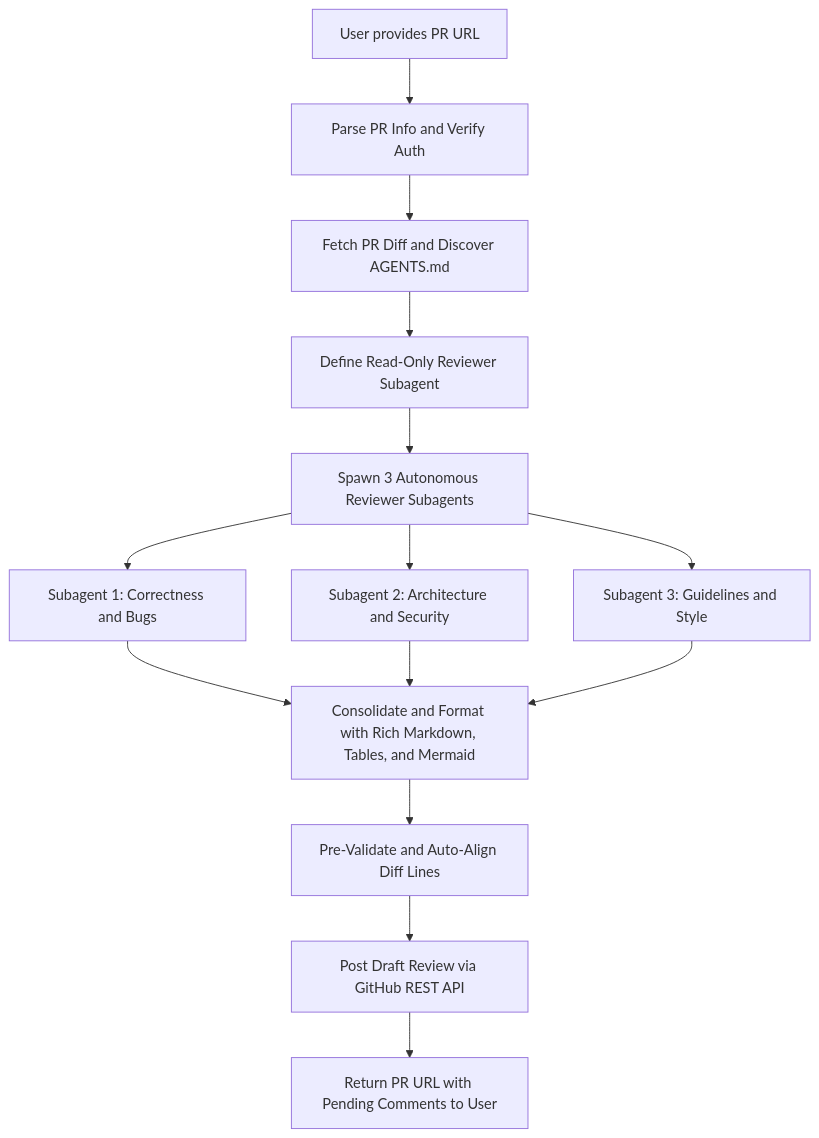
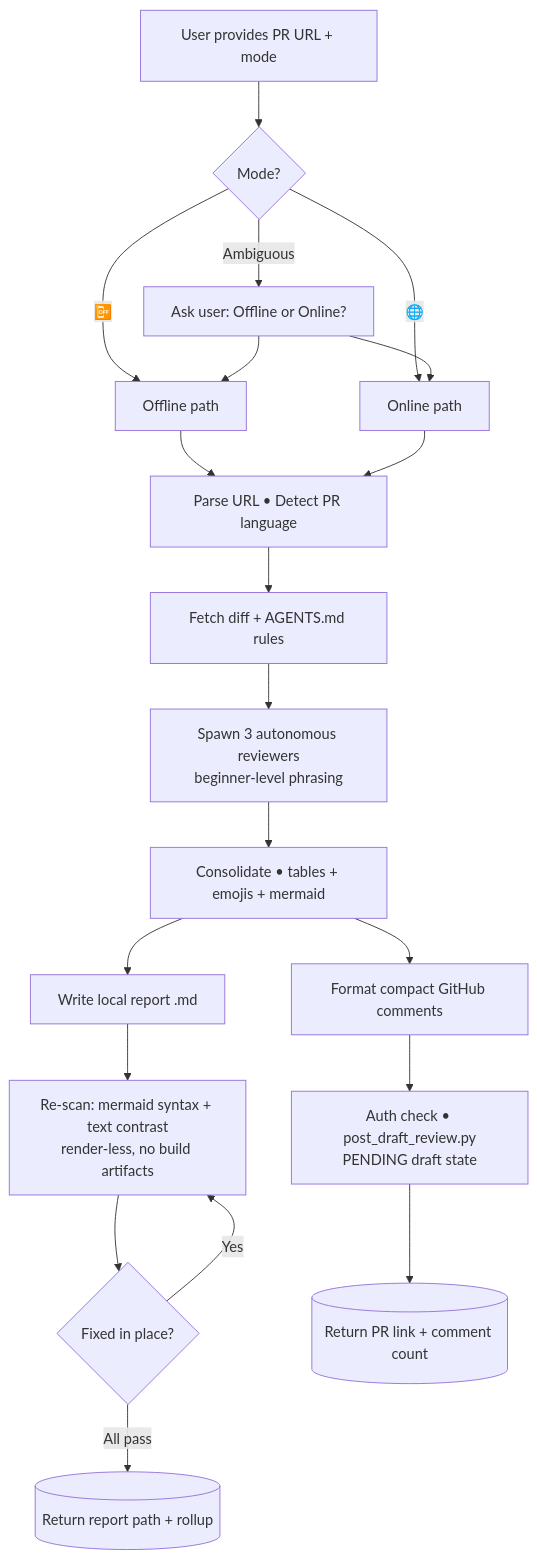
One commit to cardboardcode/agent-toolkit changed the diagram in skills/github-draft-reviewer/SKILL.md. Above: the diagram before and after it, drawn with Mermaid. The commit also changed other lines of this file, not shown here.

Commit message:
📘 Add offline mode with local PR_<PR_NO>_review.md report to github-draft-reviewer skill.

````diff
--- a/skills/github-draft-reviewer/SKILL.md
+++ b/skills/github-draft-reviewer/SKILL.md
@@ -48,14 +163,25 @@
 ```mermaid
 flowchart TD
-    A[User provides PR URL] --> B[Parse PR Info and Verify Auth]
-    B --> C[Fetch PR Diff and Discover AGENTS.md]
-    C --> D[Define Read-Only Reviewer Subagent]
-    D --> E[Spawn 3 Autonomous Reviewer Subagents]
-    E --> F[Subagent 1: Correctness and Bugs]
-    E --> G[Subagent 2: Architecture and Security]
-    E --> H[Subagent 3: Guidelines and Style]
-    F & G & H --> I[Consolidate and Format with Rich Markdown, Tables, and Mermaid]
-    I --> J[Pre-Validate and Auto-Align Diff Lines]
-    J --> K[Post Draft Review via GitHub REST API]
-    K --> L[Return PR URL with Pending Comments to User]
+    A[User provides PR URL + mode] --> M{Mode?}
+    M -->|Ambiguous| Q[Ask user: Offline or Online?]
+    M -->|📴| OFF[Offline path]
+    M -->|🌐| ON[Online path]
+    Q --> OFF
+    Q --> ON
+
+    OFF --> U1[Parse URL • Detect PR language]
+    ON --> U1
+    U1 --> U2[Fetch diff + AGENTS.md rules]
+    U2 --> U3[Spawn 3 autonomous reviewers<br/>beginner-level phrasing]
+    U3 --> U4[Consolidate • tables + emojis + mermaid]
+
+    U4 --> O1[Write local report .md]
+    O1 --> O2[Re-scan: mermaid syntax + text contrast<br/>render-less, no build artifacts]
+    O2 --> O3{Fixed in place?}
+    O3 -->|Yes| O2
+    O3 -->|All pass| OR[(Return report path + rollup)]
+
+    U4 --> N1[Format compact GitHub comments]
+    N1 --> N2[Auth check • post_draft_review.py<br/>PENDING draft state]
+    N2 --> NR[(Return PR link + comment count)]
 ```
````
